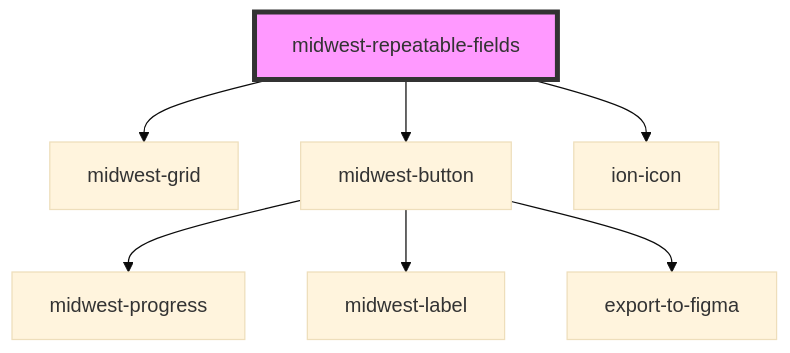
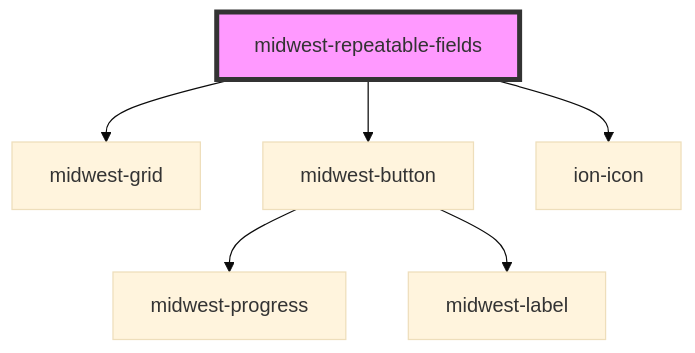
The diagram in packages/forms/src/components/repeatable-fields/readme.md (splitinfinities/Midwest), drawn with Mermaid (base theme) before and after one commit. The commit also changed 48 other files, not shown here.

````diff
--- a/packages/forms/src/components/repeatable-fields/readme.md
+++ b/packages/forms/src/components/repeatable-fields/readme.md
@@ -48,10 +48,9 @@
 ```mermaid
 graph TD;
   midwest-repeatable-fields --> midwest-grid
   midwest-repeatable-fields --> midwest-button
   midwest-repeatable-fields --> ion-icon
   midwest-button --> midwest-progress
   midwest-button --> midwest-label
-  midwest-button --> export-to-figma
   style midwest-repeatable-fields fill:#f9f,stroke:#333,stroke-width:4px
 ```
````
